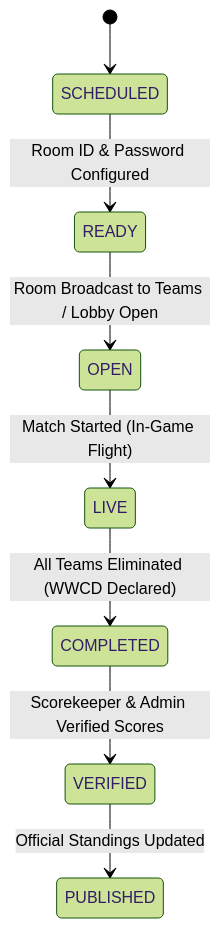
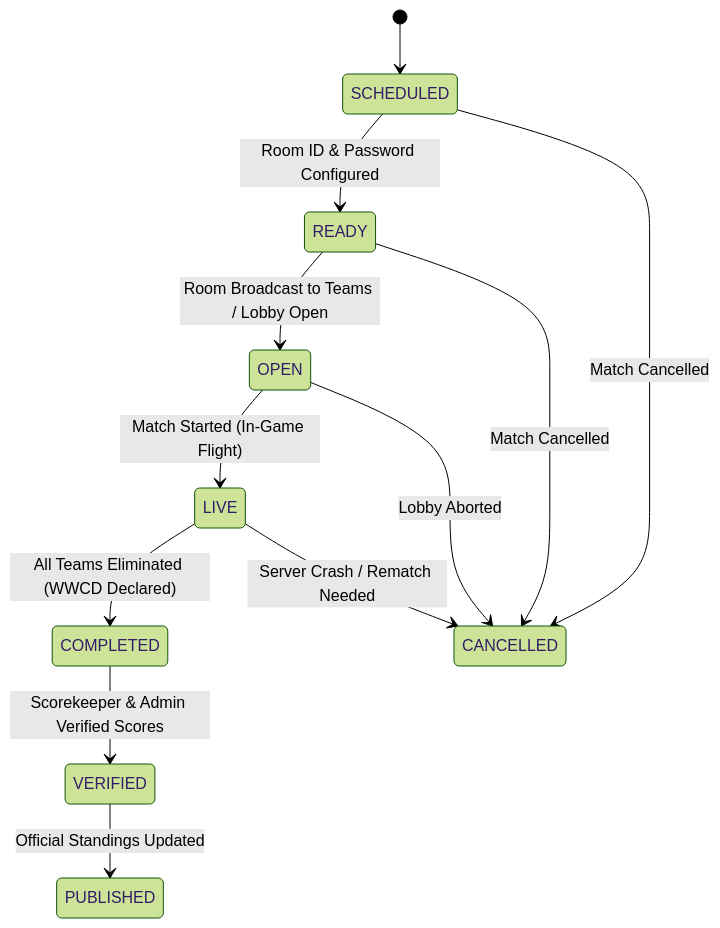
One commit to MasterZ1311/BGMI-Tourney-Ops changed the second of 2 diagrams in docs/tournament-engine.md. Above: the diagram before and after it, drawn with Mermaid (forest theme). The commit also changed other lines of this file and 137 other files, not shown here.

````diff
--- a/docs/tournament-engine.md
+++ b/docs/tournament-engine.md
@@ -35,10 +135,14 @@
 ```mermaid
 stateDiagram-v2
     [*] --> SCHEDULED
     SCHEDULED --> READY: Room ID & Password Configured
     READY --> OPEN: Room Broadcast to Teams / Lobby Open
     OPEN --> LIVE: Match Started (In-Game Flight)
     LIVE --> COMPLETED: All Teams Eliminated (WWCD Declared)
     COMPLETED --> VERIFIED: Scorekeeper & Admin Verified Scores
     VERIFIED --> PUBLISHED: Official Standings Updated
+    SCHEDULED --> CANCELLED: Match Cancelled
+    READY --> CANCELLED: Match Cancelled
+    OPEN --> CANCELLED: Lobby Aborted
+    LIVE --> CANCELLED: Server Crash / Rematch Needed
 ```
````
